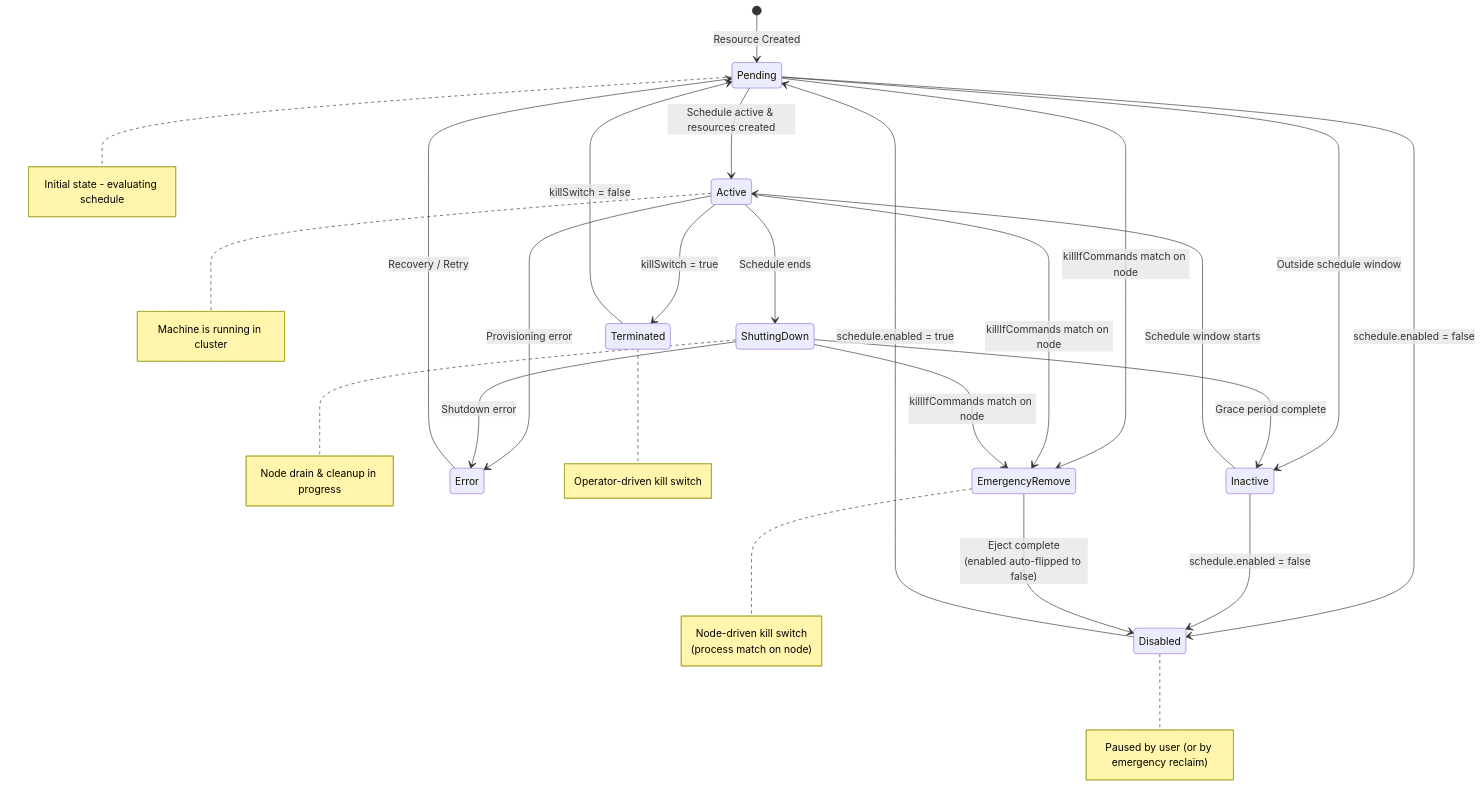
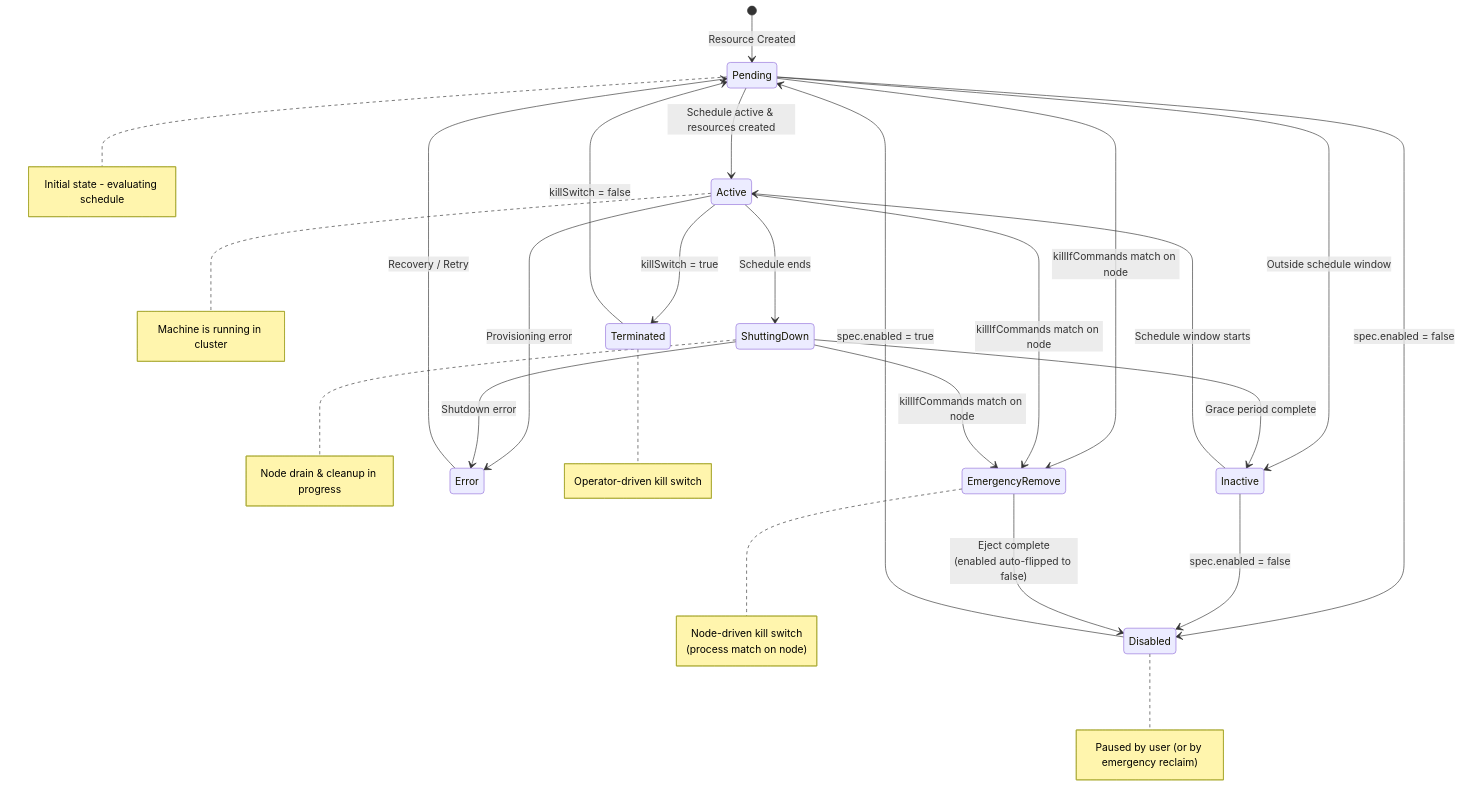
Before and after one commit to finos/5-spot: the first of 3 diagrams in docs/src/concepts/machine-lifecycle.md, drawn with Mermaid. The commit also changed other lines of this file and 72 other files, not shown here.

````diff
--- a/docs/src/concepts/machine-lifecycle.md
+++ b/docs/src/concepts/machine-lifecycle.md
@@ -7,36 +7,36 @@
 ```mermaid
 stateDiagram-v2
     [*] --> Pending: Resource Created
 
     Pending --> Active: Schedule active & resources created
     Pending --> Inactive: Outside schedule window
-    Pending --> Disabled: schedule.enabled = false
+    Pending --> Disabled: spec.enabled = false
     Pending --> EmergencyRemove: killIfCommands match on node
 
     Active --> ShuttingDown: Schedule ends
     Active --> Terminated: killSwitch = true
     Active --> EmergencyRemove: killIfCommands match on node
     Active --> Error: Provisioning error
 
     ShuttingDown --> Inactive: Grace period complete
     ShuttingDown --> EmergencyRemove: killIfCommands match on node
     ShuttingDown --> Error: Shutdown error
 
     Inactive --> Active: Schedule window starts
-    Inactive --> Disabled: schedule.enabled = false
+    Inactive --> Disabled: spec.enabled = false
 
-    Disabled --> Pending: schedule.enabled = true
+    Disabled --> Pending: spec.enabled = true
 
     Terminated --> Pending: killSwitch = false
 
     EmergencyRemove --> Disabled: Eject complete<br/>(enabled auto-flipped to false)
 
     Error --> Pending: Recovery / Retry
 
     note right of Pending: Initial state - evaluating schedule
     note right of Active: Machine is running in cluster
     note right of ShuttingDown: Node drain & cleanup in progress
     note right of Disabled: Paused by user (or by emergency reclaim)
     note right of Terminated: Operator-driven kill switch
     note right of EmergencyRemove: Node-driven kill switch<br/>(process match on node)
 ```
````
